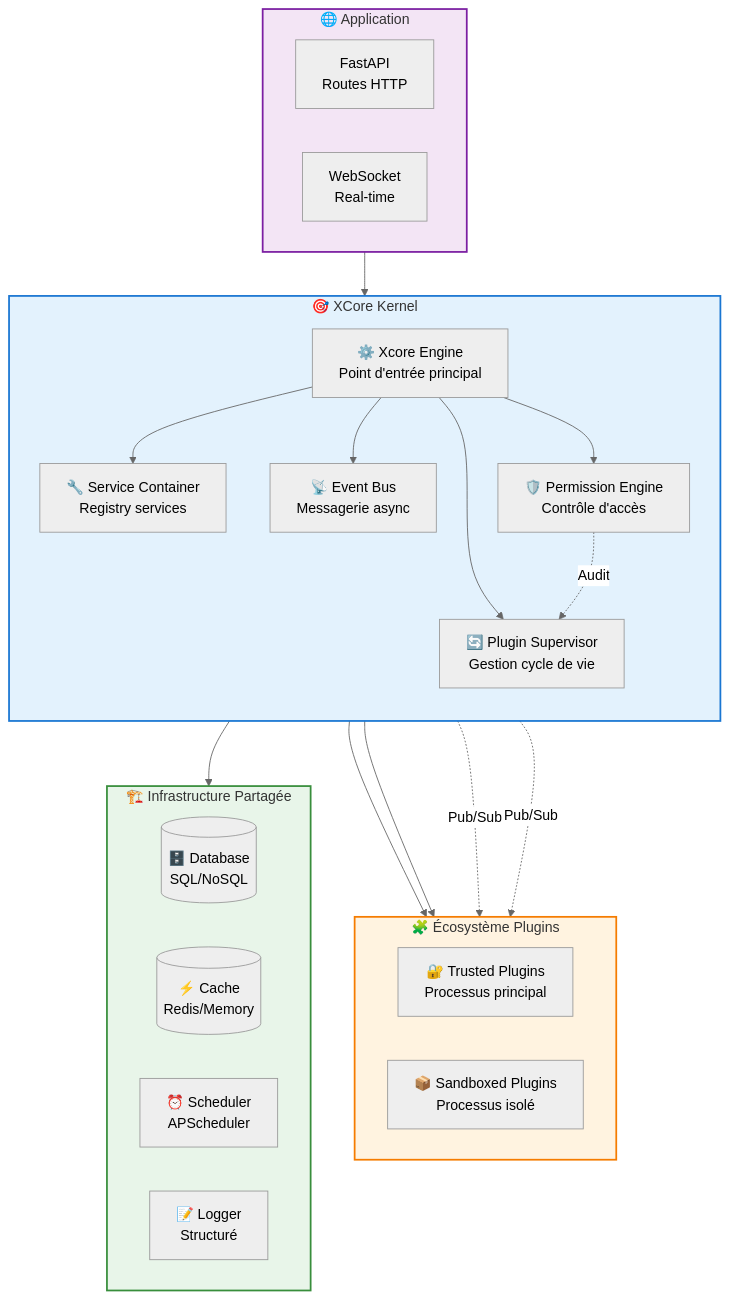
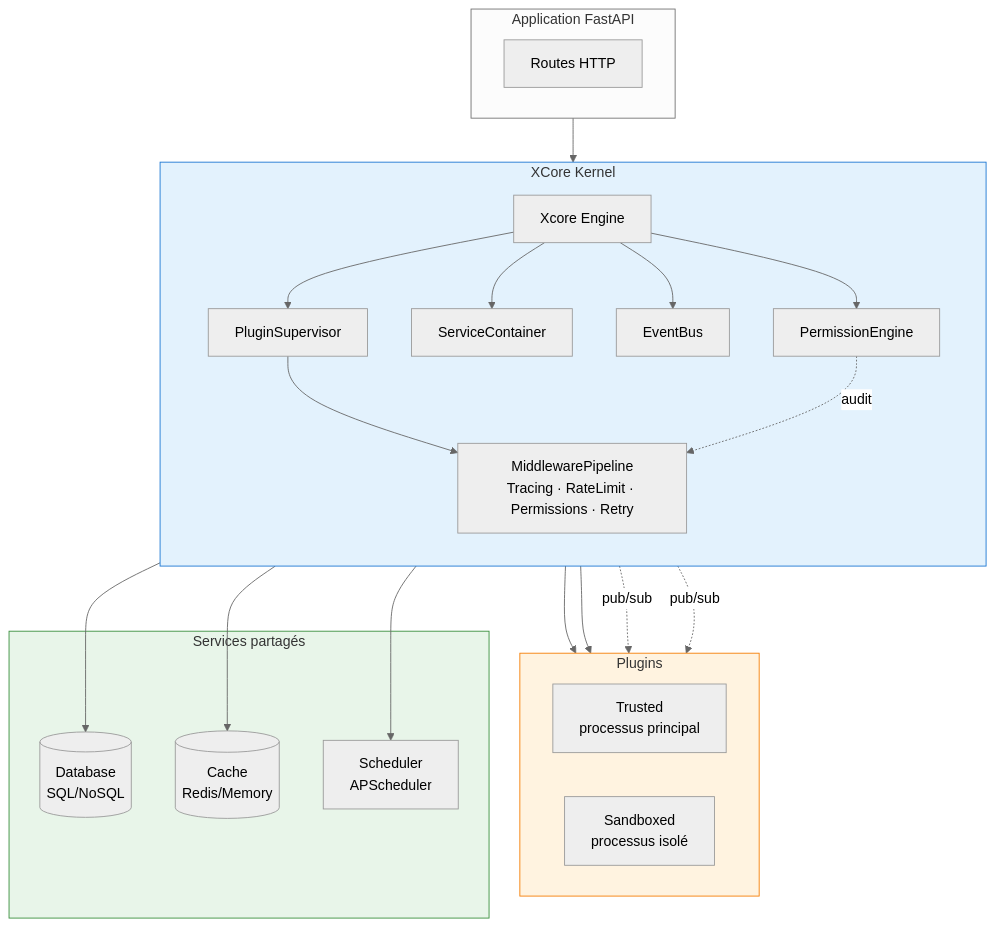
One commit to traoreera/xcore changed the first of 3 diagrams in doc/architecture/overview.md. Above: the diagram before and after it, drawn with Mermaid (neutral theme). The commit also changed other lines of this file and 57 other files, not shown here.

````diff
--- a/doc/architecture/overview.md
+++ b/doc/architecture/overview.md
@@ -11,48 +9,39 @@
 ```mermaid
 flowchart TB
-    subgraph Core["🎯 XCore Kernel"]
-        direction TB
-        X[⚙️ Xcore Engine<br/>Point d'entrée principal]
-        PS[🔄 Plugin Supervisor<br/>Gestion cycle de vie]
-        SC[🔧 Service Container<br/>Registry services]
-        EB[📡 Event Bus<br/>Messagerie async]
-        PE[🛡️ Permission Engine<br/>Contrôle d'accès]
+    subgraph App["Application FastAPI"]
+        FA[Routes HTTP]
     end
 
-    subgraph Infra["🏗️ Infrastructure Partagée"]
-        DB[(🗄️ Database<br/>SQL/NoSQL)]
-        CACHE[(⚡ Cache<br/>Redis/Memory)]
-        SCHED[⏰ Scheduler<br/>APScheduler]
-        LOG[📝 Logger<br/>Structuré]
+    subgraph Kernel["XCore Kernel"]
+        direction TB
+        X[Xcore Engine]
+        PS[PluginSupervisor]
+        SC[ServiceContainer]
+        EB[EventBus]
+        PE[PermissionEngine]
+        RM[MiddlewarePipeline<br/>Tracing · RateLimit · Permissions · Retry]
     end
 
-    subgraph Plugins["🧩 Écosystème Plugins"]
+    subgraph Plugins["Plugins"]
         direction LR
-        TP[🔐 Trusted Plugins<br/>Processus principal]
-        SP[📦 Sandboxed Plugins<br/>Processus isolé]
+        TP[Trusted<br/>processus principal]
+        SP[Sandboxed<br/>processus isolé]
     end
 
-    subgraph App["🌐 Application"]
-        FA[FastAPI<br/>Routes HTTP]
-        WS[WebSocket<br/>Real-time]
+    subgraph Services["Services partagés"]
+        DB[(Database<br/>SQL/NoSQL)]
+        CACHE[(Cache<br/>Redis/Memory)]
+        SCHED[Scheduler<br/>APScheduler]
     end
 
     App --> X
-    X --> PS
-    X --> SC
-    X --> EB
-    X --> PE
+    X --> PS & SC & EB & PE
+    PS --> RM --> TP & SP
+    SC --> DB & CACHE & SCHED
+    EB -.->|pub/sub| TP & SP
+    PE -.->|audit| RM
 
-    SC --> Infra
-    PS --> TP
-    PS --> SP
-
-    EB -.->|Pub/Sub| TP
-    EB -.->|Pub/Sub| SP
-    PE -.->|Audit| PS
-
-    style Core fill:#E3F2FD,stroke:#1976D2,stroke-width:2px
-    style Infra fill:#E8F5E9,stroke:#388E3C,stroke-width:2px
-    style Plugins fill:#FFF3E0,stroke:#F57C00,stroke-width:2px
-    style App fill:#F3E5F5,stroke:#7B1FA2,stroke-width:2px
+    style Kernel fill:#E3F2FD,stroke:#1976D2
+    style Plugins fill:#FFF3E0,stroke:#F57C00
+    style Services fill:#E8F5E9,stroke:#388E3C
 ```
````
